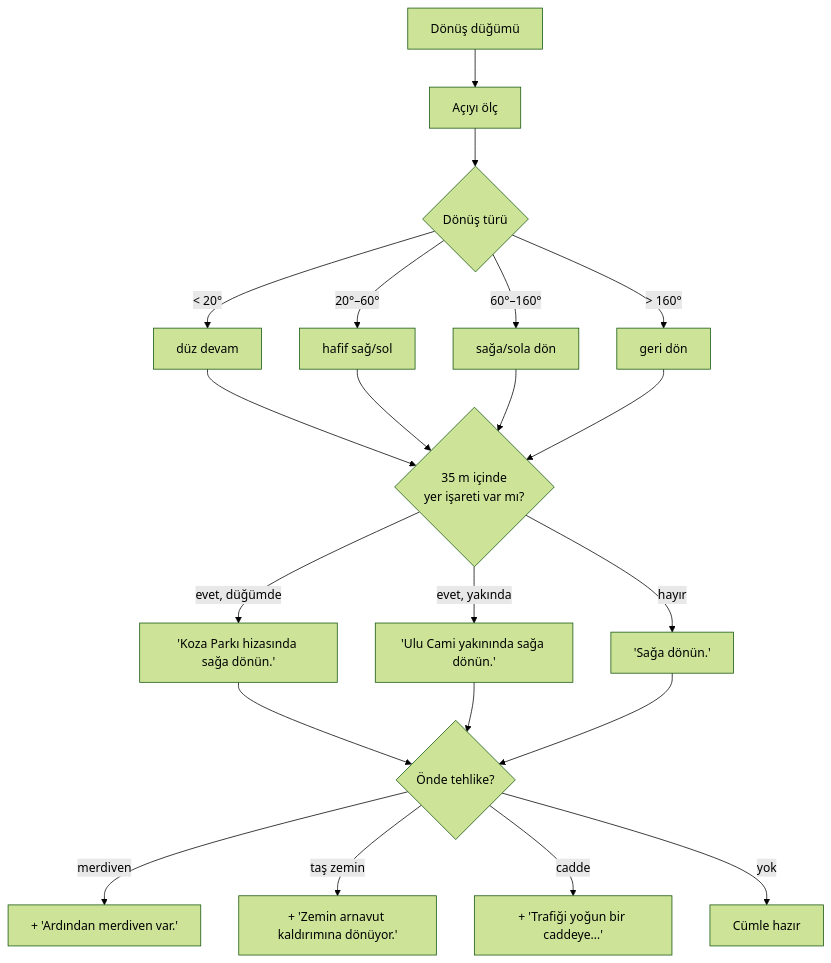
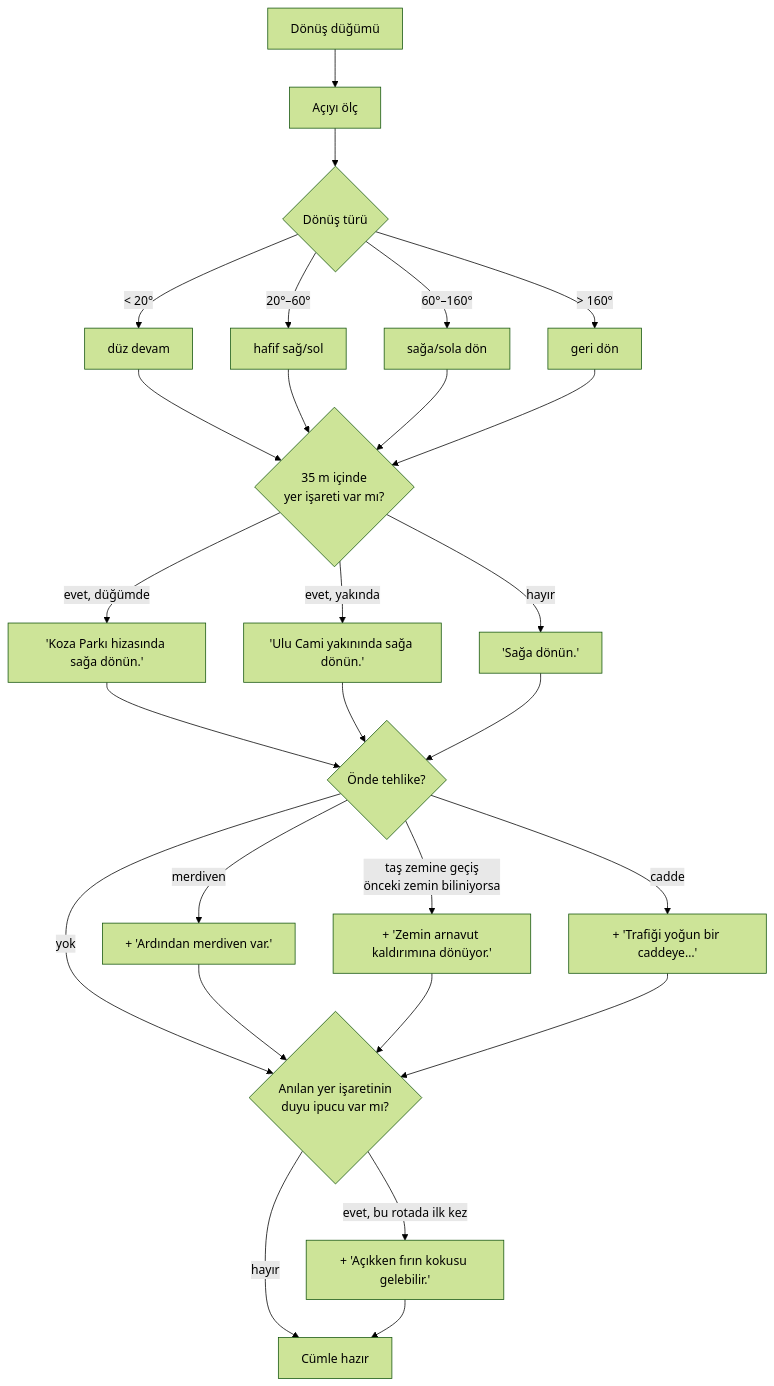
Before and after one commit to inciyanar/Sezi: diagram 11 of 18 in NASIL-CALISIR.md, drawn with Mermaid (forest theme). The commit also changed other lines of this file, not shown here.

Commit message:
NASIL-CALISIR: web sitesi, turlar, duyu ipuçları, metin taslakları ve sade özetle güncellendi

````diff
--- a/NASIL-CALISIR.md
+++ b/NASIL-CALISIR.md
@@ -268,18 +329,22 @@
 ```mermaid
 flowchart TB
   T["Dönüş düğümü"] --> A["Açıyı ölç"]
   A --> K{"Dönüş türü"}
   K -->|"< 20°"| S["düz devam"]
   K -->|"20°–60°"| H["hafif sağ/sol"]
   K -->|"60°–160°"| N["sağa/sola dön"]
   K -->|"> 160°"| B["geri dön"]
   S & H & N & B --> Y{"35 m içinde<br/>yer işareti var mı?"}
   Y -->|"evet, düğümde"| C1["'Koza Parkı hizasında sağa dönün.'"]
   Y -->|"evet, yakında"| C2["'Ulu Cami yakınında sağa dönün.'"]
   Y -->|"hayır"| C3["'Sağa dönün.'"]
   C1 & C2 & C3 --> U{"Önde tehlike?"}
   U -->|"merdiven"| U1["+ 'Ardından merdiven var.'"]
-  U -->|"taş zemin"| U2["+ 'Zemin arnavut kaldırımına dönüyor.'"]
+  U -->|"taş zemine geçiş<br/>önceki zemin biliniyorsa"| U2["+ 'Zemin arnavut kaldırımına dönüyor.'"]
   U -->|"cadde"| U3["+ 'Trafiği yoğun bir caddeye…'"]
-  U -->|"yok"| OK["Cümle hazır"]
+  U -->|"yok"| Q
+  U1 & U2 & U3 --> Q{"Anılan yer işaretinin<br/>duyu ipucu var mı?"}
+  Q -->|"evet, bu rotada ilk kez"| Q1["+ 'Açıkken fırın kokusu gelebilir.'"]
+  Q -->|"hayır"| OK["Cümle hazır"]
+  Q1 --> OK
 ```
````
